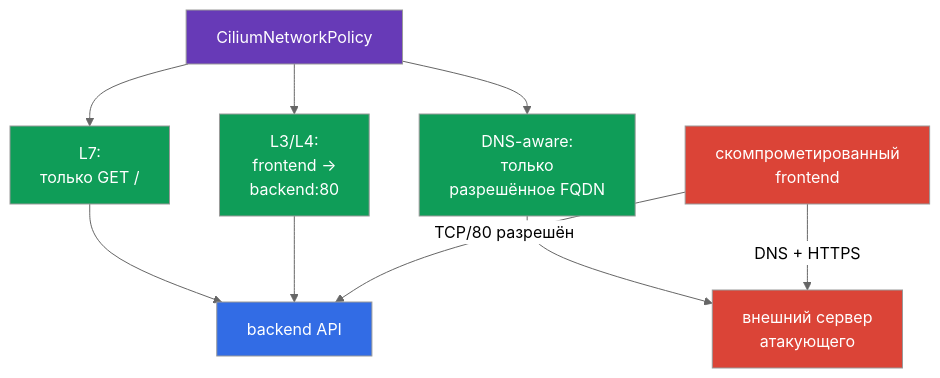
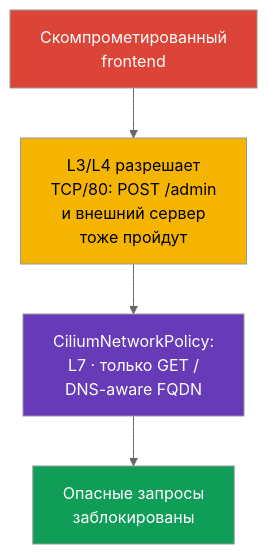
One commit to ViktorUJ/cks changed the diagram in tasks/cks/course/06/ru.md. Above: the diagram before and after it, drawn with Mermaid (neutral theme). The commit also changed other lines of this file and 15 other files, not shown here.

````diff
--- a/tasks/cks/course/06/ru.md
+++ b/tasks/cks/course/06/ru.md
@@ -36,18 +111,14 @@
 ```mermaid
 flowchart TB
-    attacker["скомпрометированный<br/>frontend"] -->|"TCP/80 разрешён"| backend["backend API"]
-    attacker -->|"DNS + HTTPS"| evil["внешний сервер<br/>атакующего"]
-    cnp["CiliumNetworkPolicy"] --> l34["L3/L4:<br/>frontend →<br/>backend:80"]
-    cnp --> l7["L7:<br/>только GET /"]
-    cnp --> fqdn["DNS-aware:<br/>только<br/>разрешённое FQDN"]
-    l34 --> backend
-    l7 --> backend
-    fqdn --> evil
+    attacker["Скомпрометированный<br/>frontend"]
+    gap["L3/L4 разрешает<br/>TCP/80: POST /admin<br/>и внешний сервер<br/>тоже пройдут"]
+    cnp["CiliumNetworkPolicy:<br/>L7 · только GET /<br/>DNS-aware FQDN"]
+    blocked["Опасные запросы<br/>заблокированы"]
+
+    attacker --> gap --> cnp --> blocked
+
     style attacker fill:#db4437,color:#fff
-    style backend fill:#326ce5,color:#fff
-    style evil fill:#db4437,color:#fff
+    style gap fill:#f4b400,color:#000
     style cnp fill:#673ab7,color:#fff
-    style l34 fill:#0f9d58,color:#fff
-    style l7 fill:#0f9d58,color:#fff
-    style fqdn fill:#0f9d58,color:#fff
+    style blocked fill:#0f9d58,color:#fff
 ```
````
